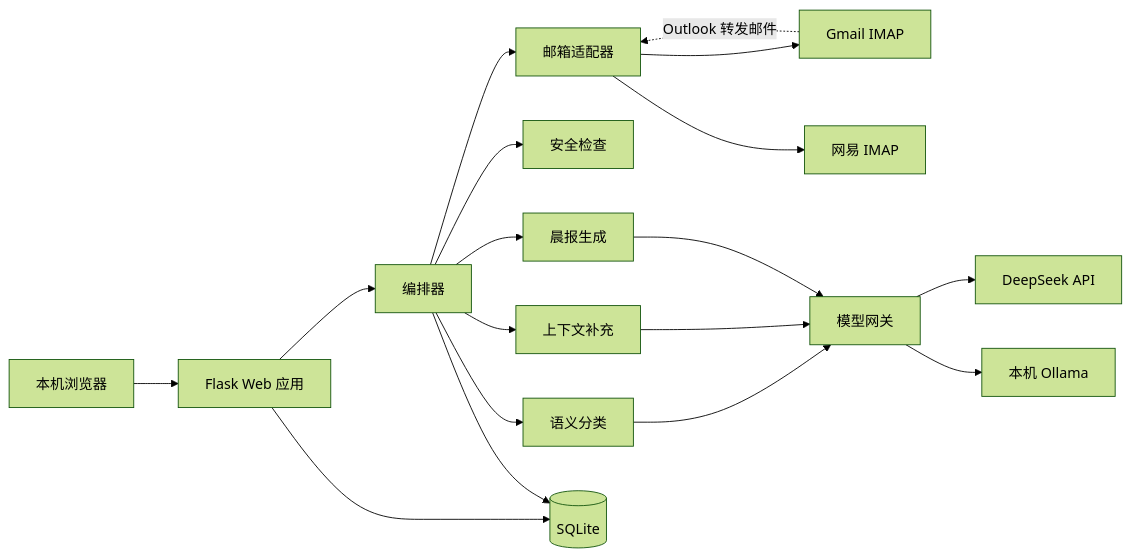
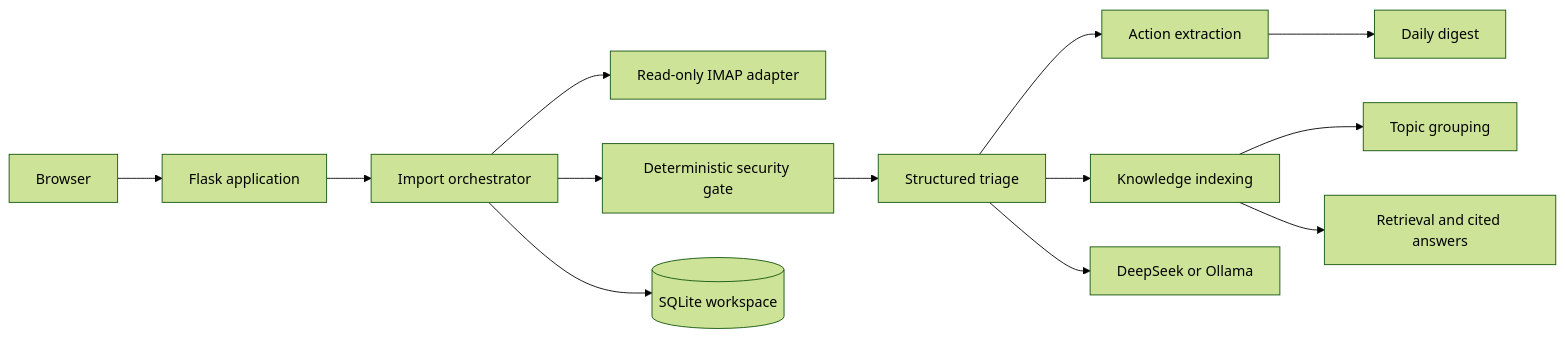
Before and after one commit to 513-wys/email-agent-workflow: the first of 2 diagrams in ARCHITECTURE.md, drawn with Mermaid (forest theme). The commit also changed other lines of this file and 19 other files, not shown here.

````diff
--- a/ARCHITECTURE.md
+++ b/ARCHITECTURE.md
@@ -11,20 +7,15 @@
 ```mermaid
 flowchart LR
-    U[本机浏览器] --> W[Flask Web 应用]
-    W --> O[编排器]
-    O --> A[邮箱适配器]
-    A --> G[Gmail IMAP]
-    A --> N[网易 IMAP]
-    G -. Outlook 转发邮件 .-> A
-    O --> S[安全检查]
-    O --> T[语义分类]
-    O --> C[上下文补充]
-    O --> D[晨报生成]
-    T --> M[模型网关]
-    C --> M
-    D --> M
-    M --> DS[DeepSeek API]
-    M --> OL[本机 Ollama]
-    W --> DB[(SQLite)]
-    O --> DB
+    U[Browser] --> W[Flask application]
+    W --> O[Import orchestrator]
+    O --> M[Read-only IMAP adapter]
+    O --> S[Deterministic security gate]
+    S --> T[Structured triage]
+    T --> A[Action extraction]
+    T --> K[Knowledge indexing]
+    K --> G[Topic grouping]
+    K --> R[Retrieval and cited answers]
+    A --> D[Daily digest]
+    O --> DB[(SQLite workspace)]
+    T --> L[DeepSeek or Ollama]
 ```
````
